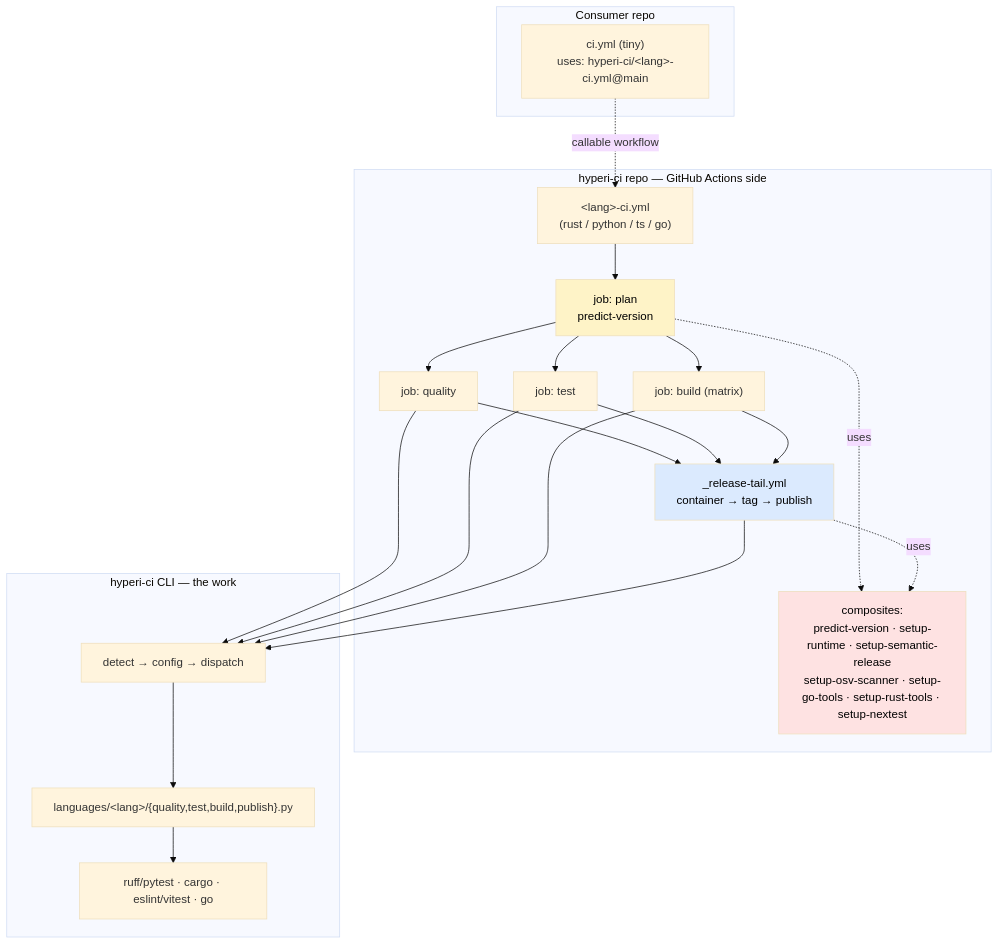
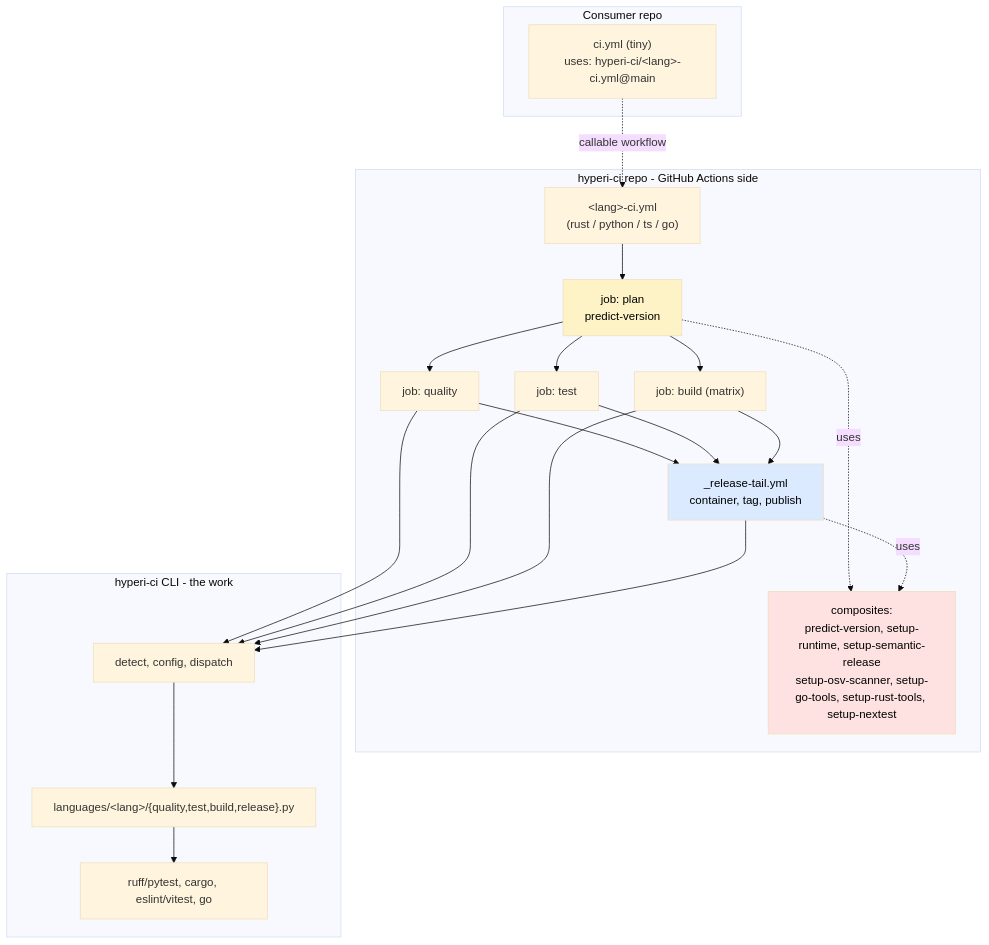
Before and after one commit to hyperi-io/hyperi-ci: the diagram in docs/README.md, drawn with Mermaid (base theme). The commit also changed other lines of this file, not shown here.

Commit message:
docs: index releasing.md and fix the docs index diagram

````diff
--- a/docs/README.md
+++ b/docs/README.md
@@ -31,32 +31,32 @@
 ```mermaid
 flowchart TB
     subgraph Consumer["Consumer repo"]
         CI["ci.yml (tiny)<br/>uses: hyperi-ci/&lt;lang&gt;-ci.yml@main"]
     end
 
-    subgraph HCI["hyperi-ci repo — GitHub Actions side"]
+    subgraph HCI["hyperi-ci repo - GitHub Actions side"]
         L["&lt;lang&gt;-ci.yml<br/>(rust / python / ts / go)"]
         P["job: plan<br/>predict-version"]
         Q["job: quality"]
         T["job: test"]
         B["job: build (matrix)"]
-        RT["_release-tail.yml<br/>container → tag → publish"]
-        COMP["composites:<br/>predict-version · setup-runtime · setup-semantic-release<br/>setup-osv-scanner · setup-go-tools · setup-rust-tools · setup-nextest"]
+        RT["_release-tail.yml<br/>container, tag, publish"]
+        COMP["composites:<br/>predict-version, setup-runtime, setup-semantic-release<br/>setup-osv-scanner, setup-go-tools, setup-rust-tools, setup-nextest"]
     end
 
-    subgraph CLI["hyperi-ci CLI — the work"]
-        D["detect → config → dispatch"]
-        H["languages/&lt;lang&gt;/{quality,test,build,publish}.py"]
-        Tools["ruff/pytest · cargo · eslint/vitest · go"]
+    subgraph CLI["hyperi-ci CLI - the work"]
+        D["detect, config, dispatch"]
+        H["languages/&lt;lang&gt;/{quality,test,build,release}.py"]
+        Tools["ruff/pytest, cargo, eslint/vitest, go"]
     end
 
     CI -.callable workflow.-> L
     L --> P --> Q & T & B --> RT
     P -.uses.-> COMP
     RT -.uses.-> COMP
     Q & T & B & RT --> D --> H --> Tools
 
     style P fill:#fef3c7,color:#000
     style RT fill:#dbeafe,color:#000
     style COMP fill:#fee2e2,color:#000
 ```
````
